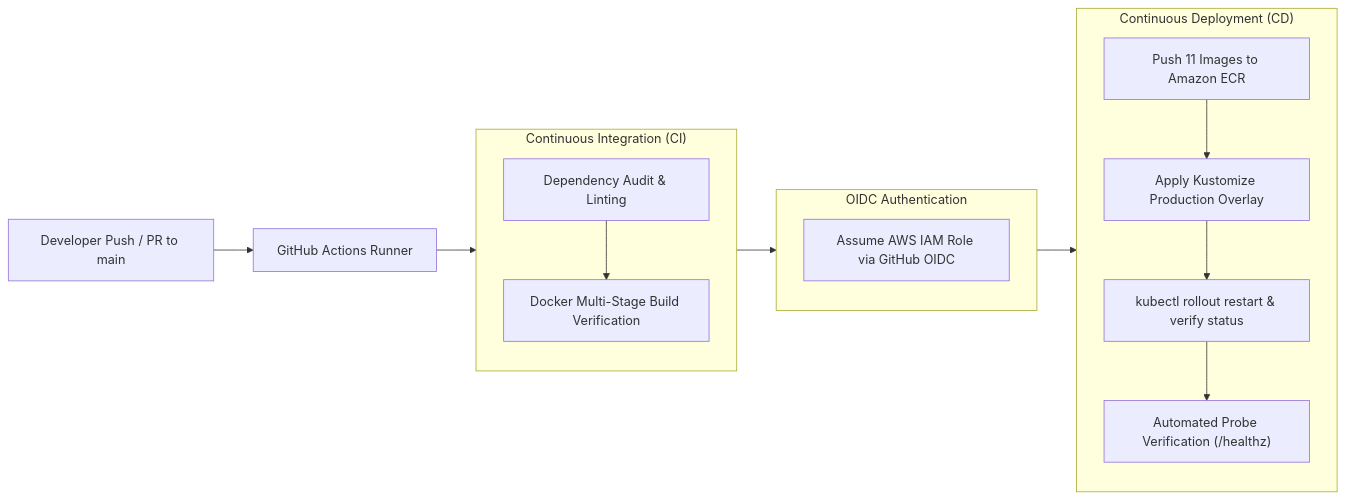
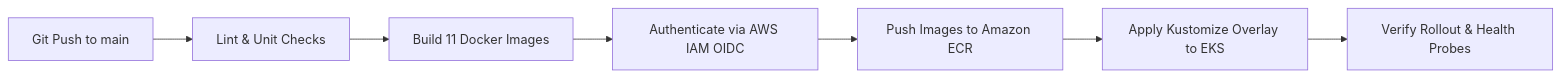
Before and after one commit to AyushiVerma791/SocialWave: the third of 3 diagrams in README.md, drawn with Mermaid. The commit also changed other lines of this file, not shown here.

Commit message:
docs: streamline README with clean architecture diagrams and professional layout

````diff
--- a/README.md
+++ b/README.md
@@ -182,26 +113,9 @@
 ```mermaid
 flowchart LR
-    Dev["Developer Push / PR to main"] --> GitHub["GitHub Actions Runner"]
-
-    subgraph CI["Continuous Integration (CI)"]
-        Lint["Dependency Audit & Linting"]
-        Build["Docker Multi-Stage Build Verification"]
-        Lint --> Build
-    end
-
-    subgraph Security["OIDC Authentication"]
-        OIDC["Assume AWS IAM Role via GitHub OIDC"]
-    end
-
-    subgraph CD["Continuous Deployment (CD)"]
-        PushECR["Push 11 Images to Amazon ECR"]
-        Kustomize["Apply Kustomize Production Overlay"]
-        Rollout["kubectl rollout restart & verify status"]
-        HealthCheck["Automated Probe Verification (/healthz)"]
-        PushECR --> Kustomize --> Rollout --> HealthCheck
-    end
-
-    GitHub --> CI
-    CI --> Security
-    Security --> CD
+    Commit[Git Push to main] --> Lint[Lint & Unit Checks]
+    Lint --> Build[Build 11 Docker Images]
+    Build --> Auth[Authenticate via AWS IAM OIDC]
+    Auth --> ECR[Push Images to Amazon ECR]
+    ECR --> Deploy[Apply Kustomize Overlay to EKS]
+    Deploy --> Verify[Verify Rollout & Health Probes]
 ```
````
